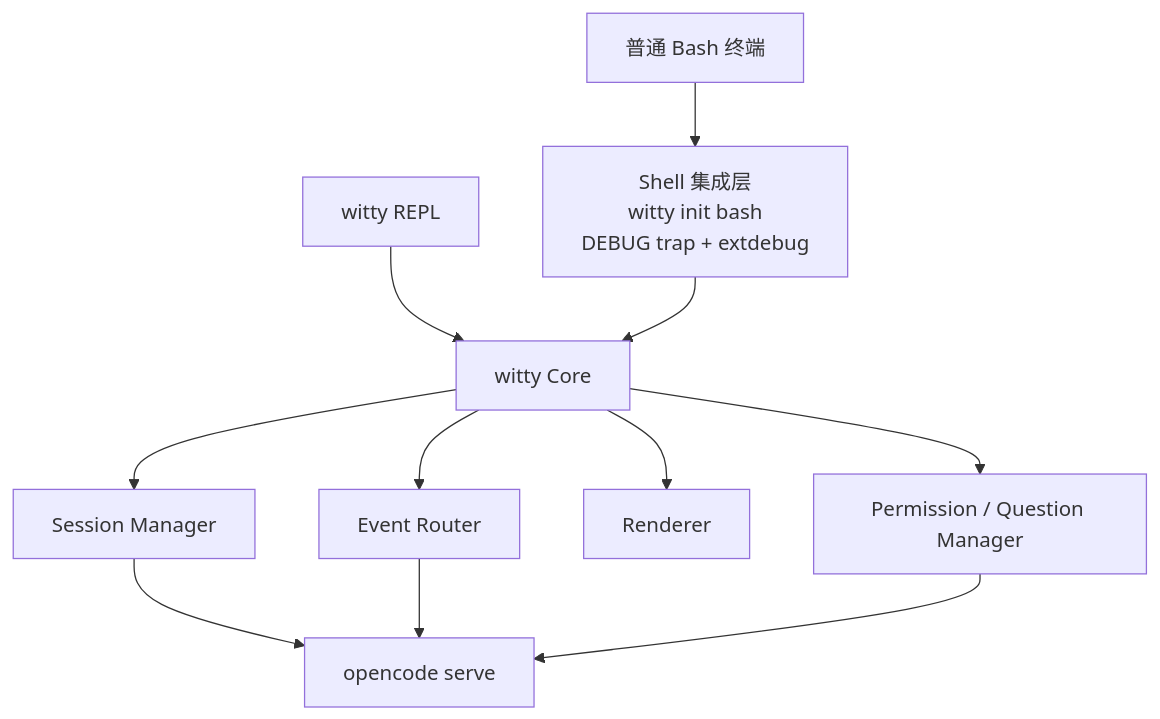
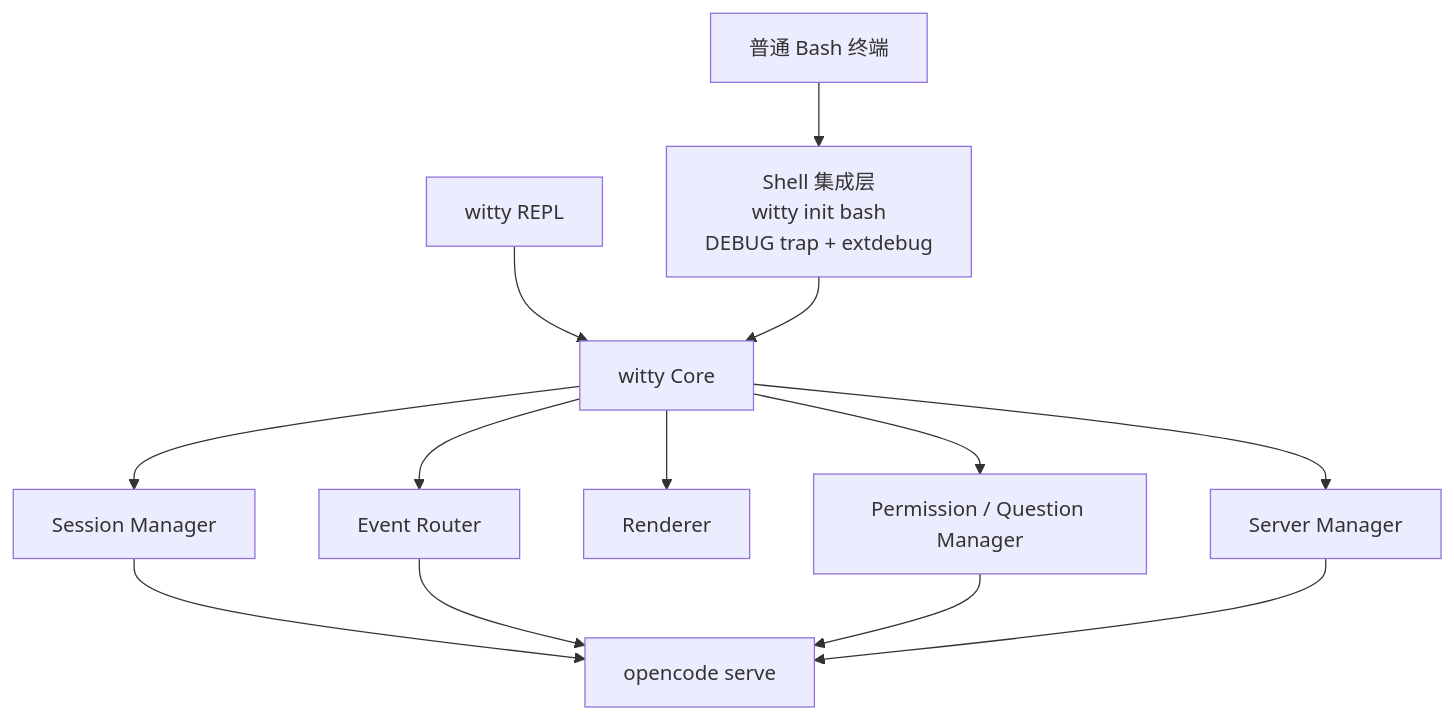
The first of 2 diagrams in docs/design/witty-overview.md (openeuler-mirror/euler-copilot-shell), drawn with Mermaid before and after one commit. The commit also changed other lines of this file and 4 other files, not shown here.

````diff
--- a/docs/design/witty-overview.md
+++ b/docs/design/witty-overview.md
@@ -73,13 +73,15 @@
 ```mermaid
 graph TD
     A[普通 Bash 终端]:::accent0 --> B[Shell 集成层<br/>witty init bash<br/>DEBUG trap + extdebug]
     C[witty REPL]:::accent1 --> D[witty Core]:::accent2
     B --> D
     D --> E[Session Manager]:::accent3
     D --> F[Event Router]:::accent4
     D --> G[Renderer]:::accent5
     D --> H[Permission / Question Manager]:::accent6
+    D --> J[Server Manager]:::accent8
     E --> I[opencode serve]:::accent7
     F --> I
     H --> I
+    J --> I
 ```
````
